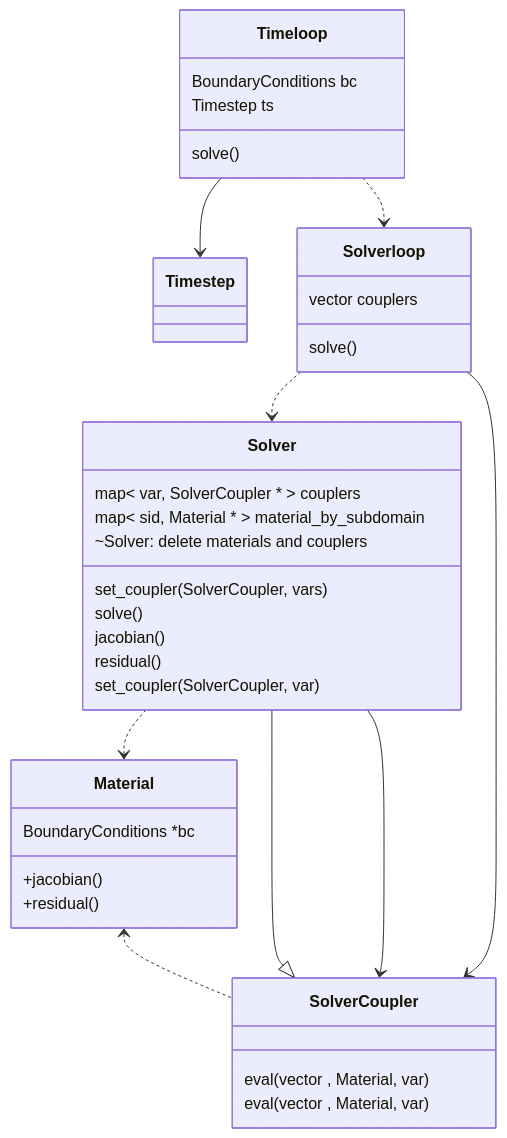
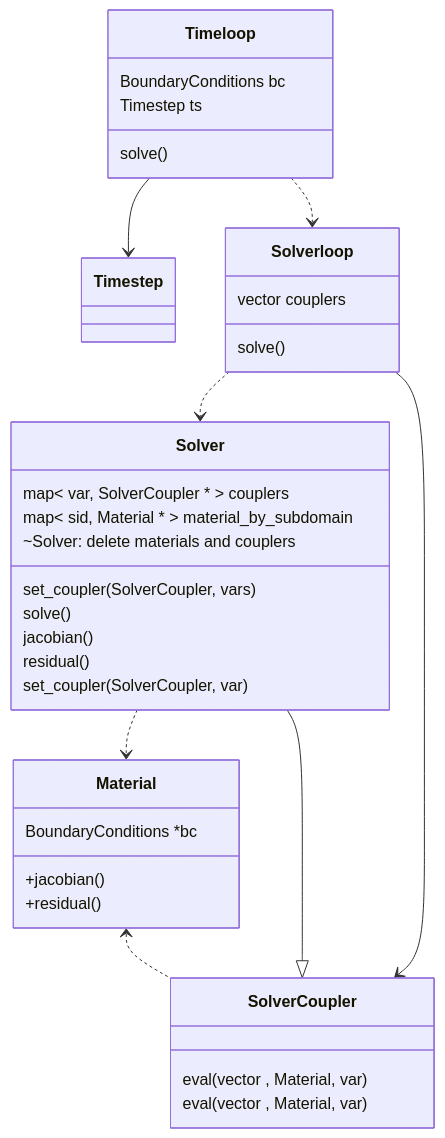
Before and after one commit to rebpoli/harpy: the first of 2 diagrams in doc/Description.md, drawn with Mermaid.

````diff
--- a/doc/Description.md
+++ b/doc/Description.md
@@ -20,47 +20,46 @@
 ```mermaid
 %% Interfaces, abstract classes
 classDiagram
     class Timeloop { 
         BoundaryConditions bc
         Timestep ts
         solve()
     }
 
     class Solverloop {
         vector<SolverCoupler *> couplers
         solve()
     }
 
     class SolverCoupler {
         eval( vector<double> , Material, var )
         eval( vector<Point>  , Material, var )
     }
 
     class Solver {
         map< var, SolverCoupler * > couplers
         map< sid, Material * > material_by_subdomain
         ~Solver: delete materials and couplers
         set_coupler(SolverCoupler, vars)
         solve()
         jacobian()
         residual()
         set_coupler( SolverCoupler, var )
     }
 
 
     class Material {
         BoundaryConditions *bc
         +jacobian()
         +residual()
     }
 
     SolverCoupler <|-- Solver
     Material <.. SolverCoupler
-    SolverCoupler <-- Solver
     Timeloop --> Timestep
     Timeloop ..> Solverloop
     Solverloop ..> Solver
     Solverloop --> SolverCoupler
     Solver..> Material
 
 ```
````
